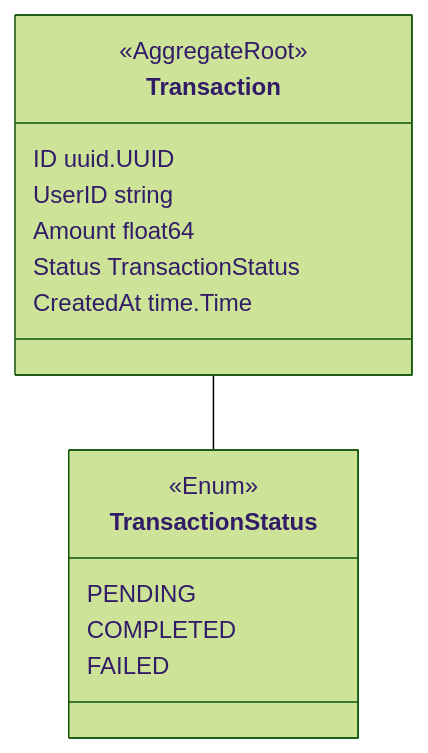
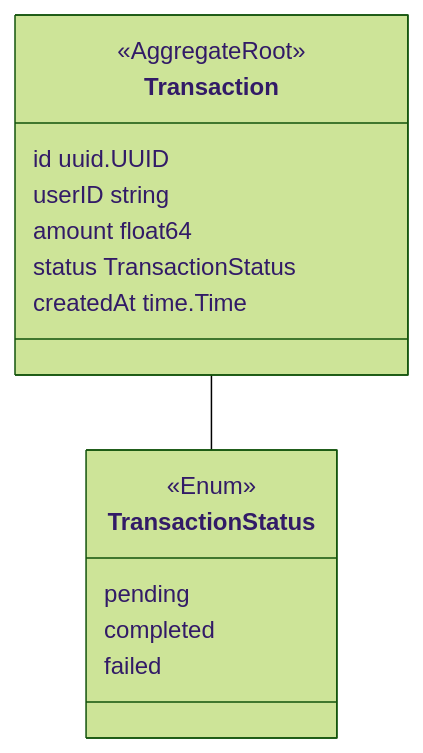
The second of 3 diagrams in docs/src/references/class-diagram.md (egolia-uit/egolia), drawn with Mermaid (forest theme) before and after one commit. The commit also changed other lines of this file, not shown here.

````diff
--- a/docs/src/references/class-diagram.md
+++ b/docs/src/references/class-diagram.md
@@ -162,30 +162,30 @@
 ```mermaid
 classDiagram
     class TransactionStatus {
         <<Enum>>
-        PENDING
-        COMPLETED
-        FAILED
+        pending
+        completed
+        failed
     }
 
     class Transaction {
         <<AggregateRoot>>
-        ID uuid.UUID
-        UserID string
-        Amount float64
-        Status TransactionStatus
-        CreatedAt time.Time
+        id uuid.UUID
+        userID string
+        amount float64
+        status TransactionStatus
+        createdAt time.Time
     }
 
     Transaction  -- TransactionStatus
 
     %% class App {
     %%     <<ApplicationHandlers>>
     %%     CheckoutCourse(ctx context.Context, req CheckoutReq)
     %%     GetLearnerBillingHistory(ctx context.Context) []TransactionDTO
     %%     GetTransactionReceiptDetail(ctx ontext.Context
     %%     GetPlatformHeadlineKpis(ctx context.Context) *PlatformKPIDTO
     %%     GetPlatformRevenueAnalytics(ctx context.Context) *RevenueAnalyticsDTO
     %%     GetPlatformTransactionHistory(ctx context.Context) []TransactionDTO
     %% }
 ```
````
